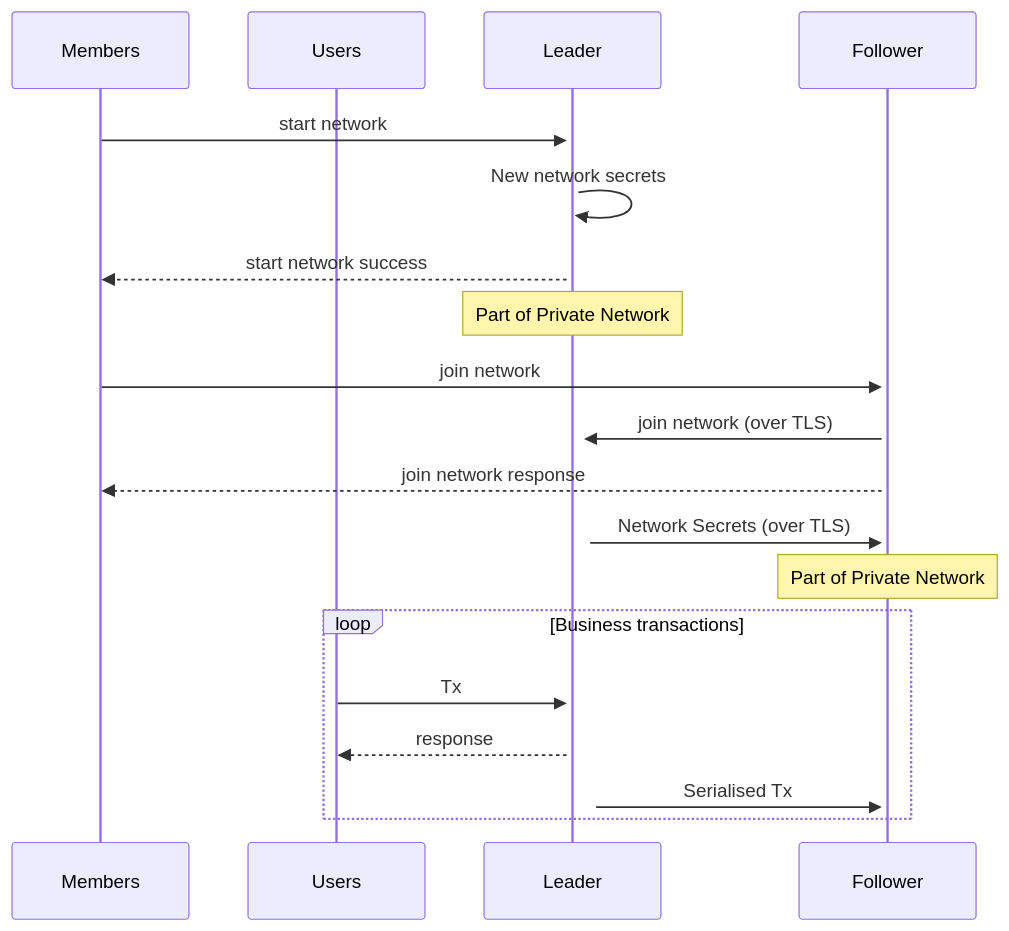
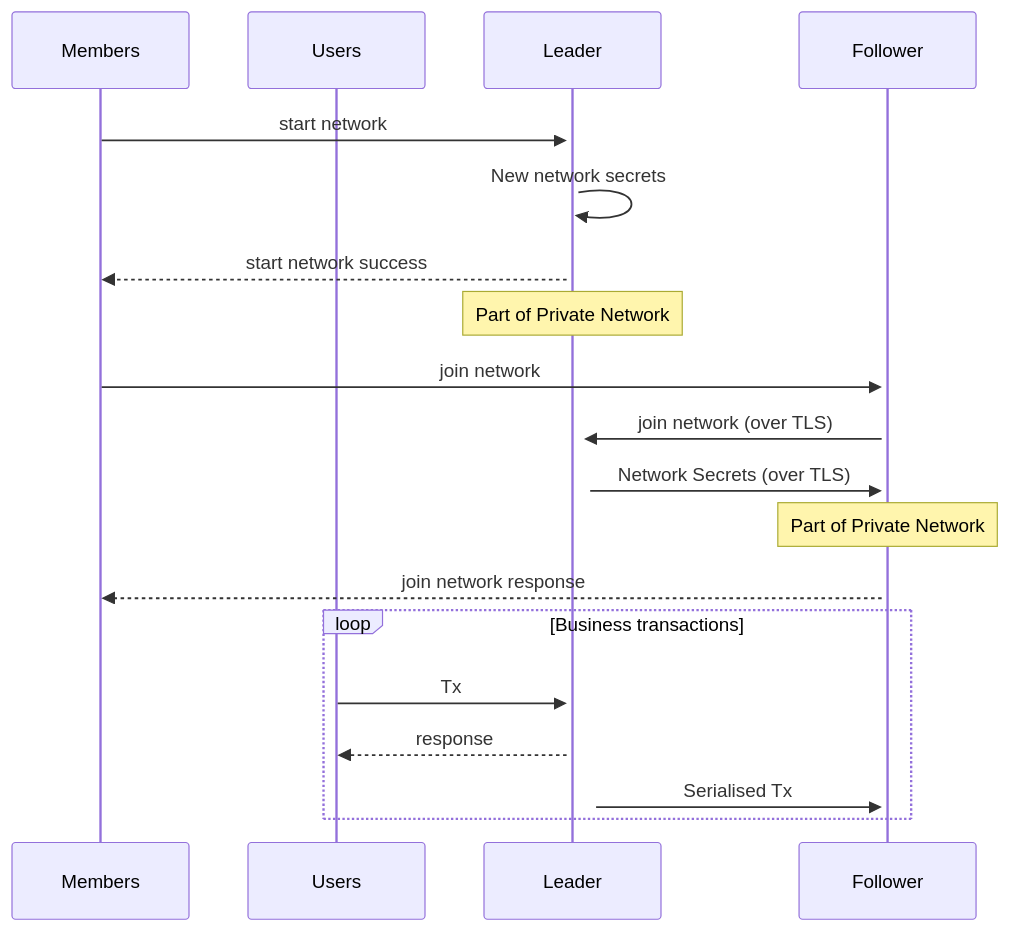
One commit to microsoft/CCF changed the diagram in sphinx/source/start_network.rst. Above: the diagram before and after it, drawn with Mermaid. The commit also changed 18 other files, not shown here.

```diff
--- a/sphinx/source/start_network.rst
+++ b/sphinx/source/start_network.rst
@@ -95,26 +95,27 @@
 .. mermaid::
 
     sequenceDiagram
         participant Members
         participant Users
         participant Leader
         participant Follower
 
         Members->>+Leader: start network
         Leader->>+Leader: New network secrets
         Leader-->>Members: start network success
 
         Note over Leader: Part of Private Network
 
         Members->>+Follower: join network
         Follower->>+Leader: join network (over TLS)
-        Follower-->>Members: join network response
         Leader->>+Follower: Network Secrets (over TLS)
 
         Note over Follower: Part of Private Network
+
+        Follower-->>Members: join network response
 
         loop Business transactions
             Users->>+Leader: Tx
             Leader-->>Users: response
             Leader->>+Follower: Serialised Tx
         end
```
